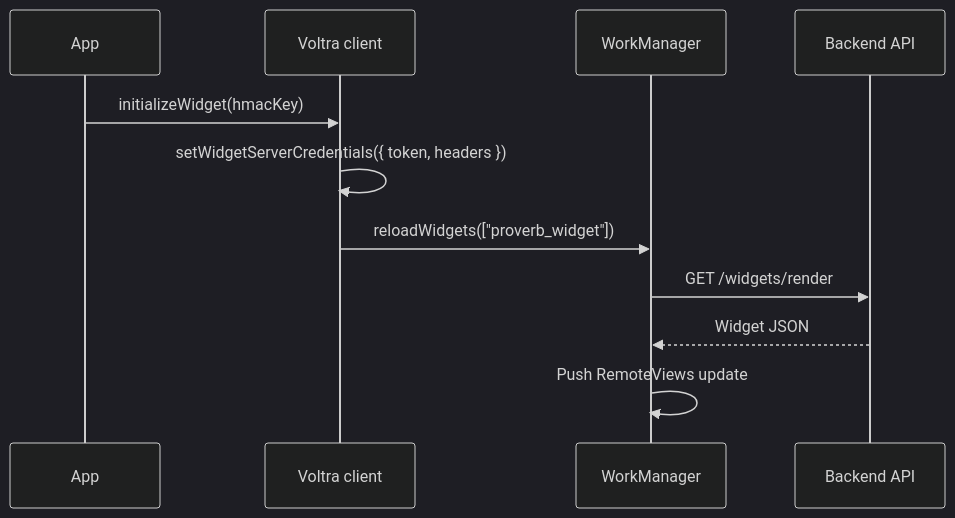
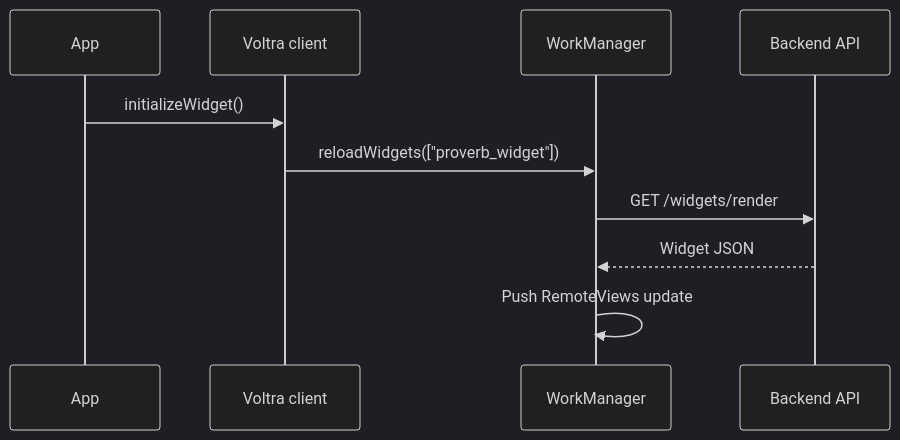
The second of 6 diagrams in README.md (joshp93/LemuelApp), drawn with Mermaid (dark theme) before and after one commit. The commit also changed 7 other files, not shown here.

Commit message:
refactor: remove widget authentication — delete HMAC key flow, env loading, and credentials

````diff
--- a/README.md
+++ b/README.md
@@ -33,14 +33,13 @@
 ```mermaid
 sequenceDiagram
     participant App
     participant Voltra as Voltra client
     participant WM as WorkManager
     participant API as Backend API
 
-    App->>Voltra: initializeWidget(hmacKey)
-    Voltra->>Voltra: setWidgetServerCredentials({ token, headers })
+    App->>Voltra: initializeWidget()
     Voltra->>WM: reloadWidgets(["proverb_widget"])
     WM->>API: GET /widgets/render
     API-->>WM: Widget JSON
     WM->>WM: Push RemoteViews update
 ```
````
